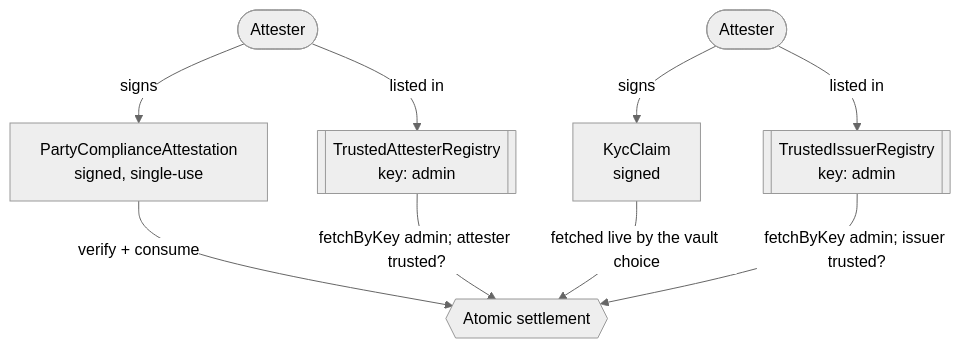
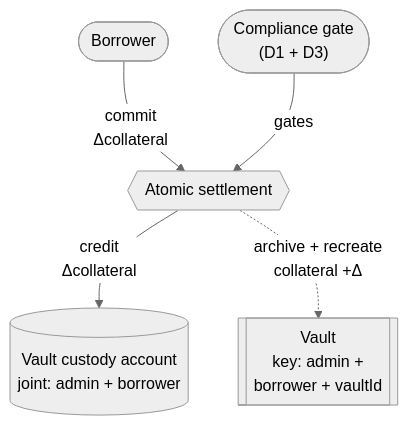
Before and after one commit to OpenZeppelin/canton-specs: the first of 5 diagrams in docs/ri-reports/02-lending.md, drawn with Mermaid (neutral theme). The commit also changed other lines of this file, not shown here.

````diff
--- a/docs/ri-reports/02-lending.md
+++ b/docs/ri-reports/02-lending.md
@@ -154,19 +149,13 @@
 ```mermaid
 flowchart TD
-    Attester1([Attester])
-    Attester2([Attester])
-    AttReg[["TrustedAttesterRegistry<br/>key: admin"]]
-    IssReg[["TrustedIssuerRegistry<br/>key: admin"]]
-    Attn["PartyComplianceAttestation<br/>signed, single-use"]
-    Kyc["KycClaim<br/>signed"]
+    Borrower([Borrower])
+    Compliance(["Compliance gate<br/>(D1 + D3)"])
     Settle{{Atomic settlement}}
+    Custody[("Vault custody account<br/>joint: admin + borrower")]
+    Vault[["Vault<br/>key: admin +<br/>borrower + vaultId"]]
 
-    Attester1 -->|"listed in"| AttReg
-    Attester2 -->|"listed in"| IssReg
-    Attester1 -->|"signs"| Attn
-    Attester2 -->|"signs"| Kyc
-    Attn -->|"verify + consume"| Settle
-    AttReg -->|"fetchByKey admin; attester trusted?"| Settle
-    Kyc -->|"fetched live by the vault choice"| Settle
-    IssReg -->|"fetchByKey admin; issuer trusted?"| Settle
+    Borrower -->|"commit<br/>Δcollateral"| Settle
+    Compliance -->|"gates"| Settle
+    Settle -->|"credit<br/>Δcollateral"| Custody
+    Settle -.->|"archive + recreate<br/>collateral +Δ"| Vault
 ```
````
